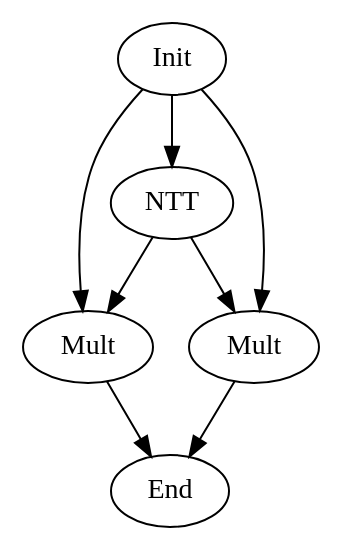
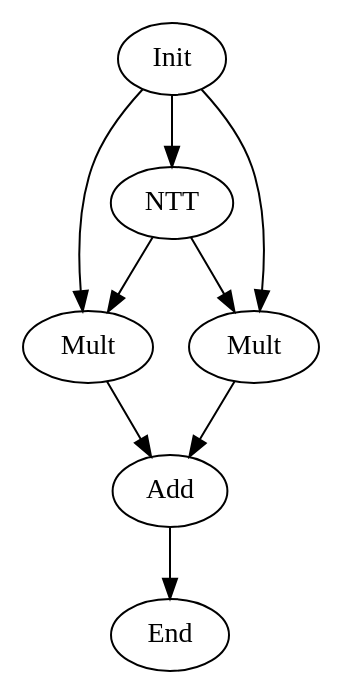
The diagram in data/graph_poly.dot (hal-lab-u-tokyo/PolyFHE), drawn with Graphviz before and after one commit. The commit also changed 7 other files, not shown here.

```diff
--- a/data/graph_poly.dot
+++ b/data/graph_poly.dot
@@ -1,14 +1,16 @@
 digraph G {
 Init[label="Init"];
 End[label="End"];
 NTT[label="NTT"];
 Mult0[label="Mult"];
 Mult1[label="Mult"];
+Add[label="Add"];
 Init -> NTT;
 Init -> Mult0;
 Init -> Mult1;
 NTT -> Mult0;
 NTT -> Mult1;
-Mult0 -> End;
-Mult1 -> End;
+Mult0 -> Add;
+Mult1 -> Add;
+Add -> End;
 }
```
